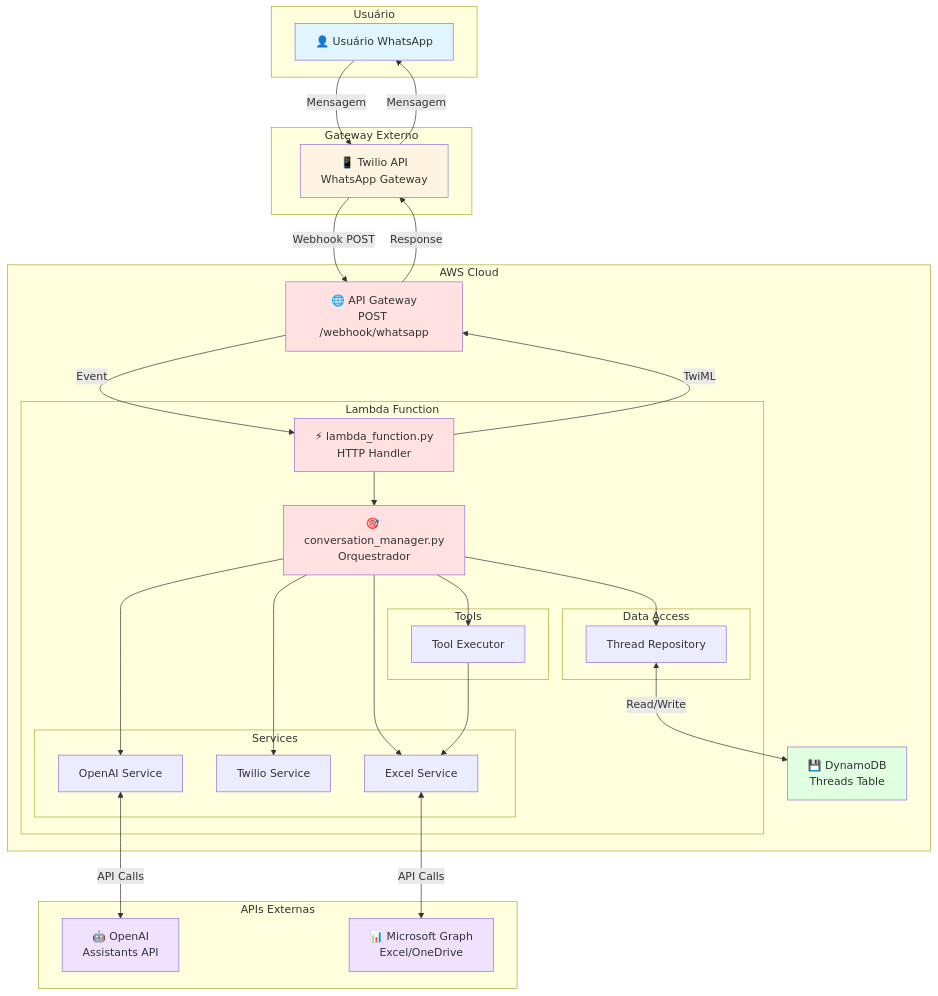
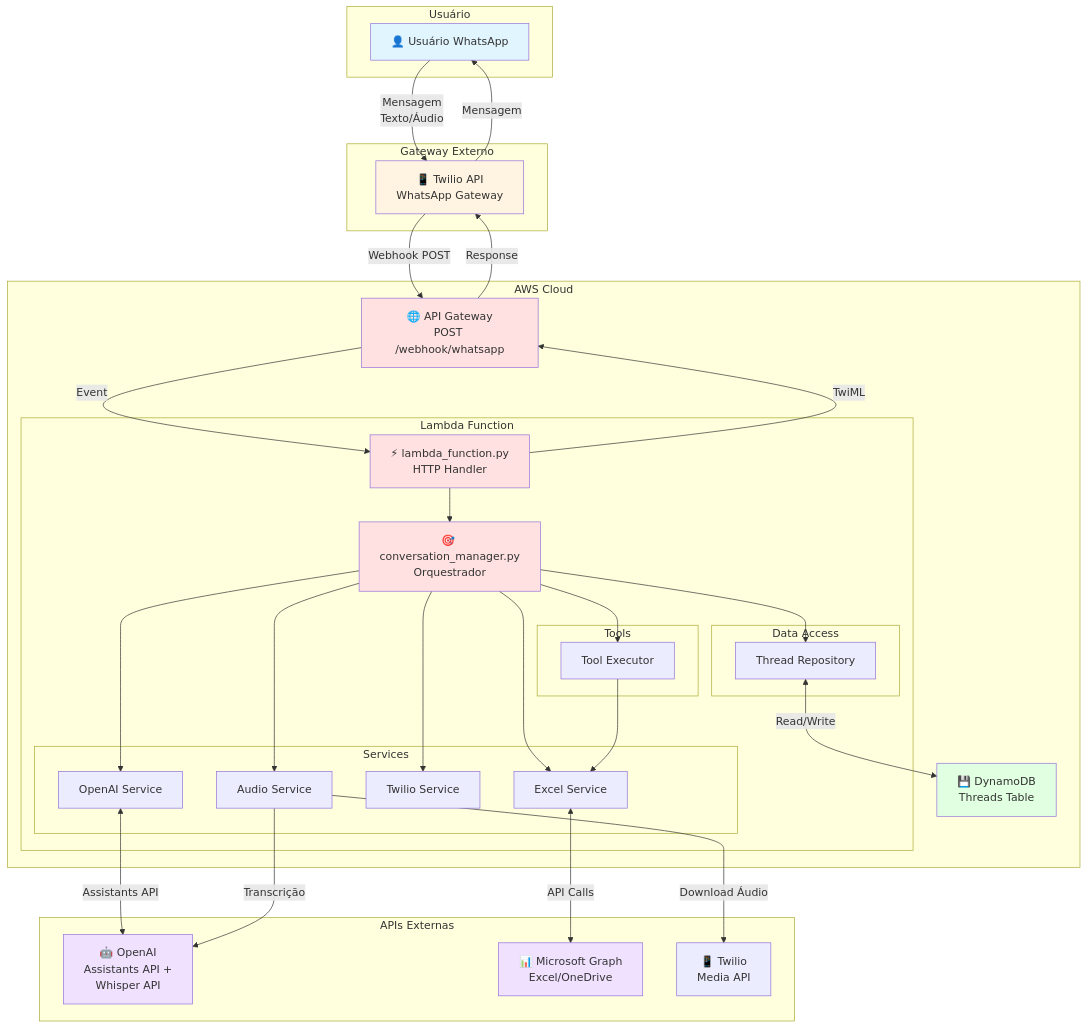
One commit to andremizuno/finassist changed the first of 15 diagrams in docs/DIAGRAMAS.md. Above: the diagram before and after it, drawn with Mermaid. The commit also changed other lines of this file, not shown here.

First line of the commit message:
docs: atualizar diagramas para refletir suporte a áudio

````diff
--- a/docs/DIAGRAMAS.md
+++ b/docs/DIAGRAMAS.md
@@ -7,68 +7,73 @@
 ```mermaid
 graph TB
     subgraph "Usuário"
         A[👤 Usuário WhatsApp]
     end
 
     subgraph "Gateway Externo"
         B[📱 Twilio API<br/>WhatsApp Gateway]
     end
 
     subgraph "AWS Cloud"
         C[🌐 API Gateway<br/>POST /webhook/whatsapp]
 
         subgraph "Lambda Function"
             D[⚡ lambda_function.py<br/>HTTP Handler]
             E[🎯 conversation_manager.py<br/>Orquestrador]
 
             subgraph "Services"
                 F1[OpenAI Service]
-                F2[Twilio Service]
-                F3[Excel Service]
+                F2[Audio Service]
+                F3[Twilio Service]
+                F4[Excel Service]
             end
 
             subgraph "Data Access"
                 G[Thread Repository]
             end
 
             subgraph "Tools"
                 H[Tool Executor]
             end
         end
 
         I[💾 DynamoDB<br/>Threads Table]
     end
 
     subgraph "APIs Externas"
-        J[🤖 OpenAI<br/>Assistants API]
+        J[🤖 OpenAI<br/>Assistants API +<br/>Whisper API]
         K[📊 Microsoft Graph<br/>Excel/OneDrive]
+        L[📱 Twilio<br/>Media API]
     end
 
-    A -->|Mensagem| B
+    A -->|Mensagem<br/>Texto/Áudio| B
     B -->|Webhook POST| C
     C -->|Event| D
     D --> E
     E --> F1
     E --> F2
     E --> F3
+    E --> F4
     E --> G
     E --> H
 
     G <-->|Read/Write| I
-    F1 <-->|API Calls| J
-    F3 <-->|API Calls| K
-    H --> F3
+    F1 <-->|Assistants API| J
+    F2 -->|Download Áudio| L
+    F2 -->|Transcrição| J
+    F4 <-->|API Calls| K
+    H --> F4
 
     D -->|TwiML| C
     C -->|Response| B
     B -->|Mensagem| A
 
     style A fill:#e1f5ff
     style B fill:#fff4e1
     style C fill:#ffe1e1
     style D fill:#ffe1e1
     style E fill:#ffe1e1
     style I fill:#e1ffe1
     style J fill:#f0e1ff
     style K fill:#f0e1ff
 ```
````
